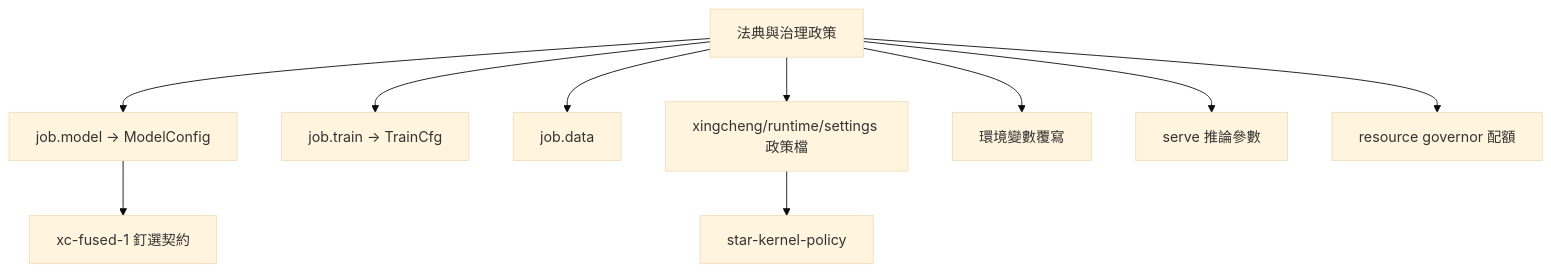
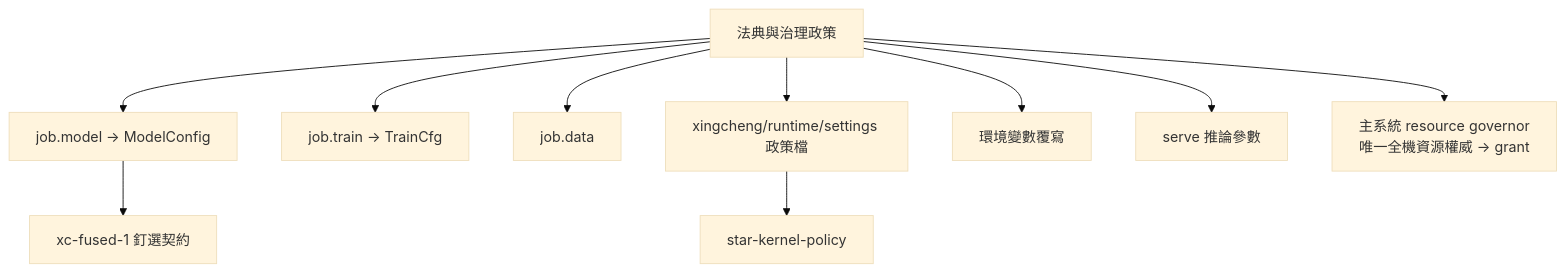
The diagram in governance_rule/codex/architecture-xingcheng-parameters.md (guilty442-source/GPTBridge), drawn with Mermaid (base theme) before and after one commit. The commit also changed other lines of this file, not shown here.

Commit message:
docs(xingcheng): parameters view — resource governor boundary is main-system authority; xingcheng keeps client+allocator only [worker:devin-desktop]

````diff
--- a/governance_rule/codex/architecture-xingcheng-parameters.md
+++ b/governance_rule/codex/architecture-xingcheng-parameters.md
@@ -7,12 +7,12 @@
 ```mermaid
 flowchart TD
     POLICY[法典與治理政策] --> MODELCFG[job.model → ModelConfig]
     POLICY --> TRAINCFG[job.train → TrainCfg]
     POLICY --> DATACFG[job.data]
     POLICY --> SETTINGS[xingcheng/runtime/settings 政策檔]
     POLICY --> ENV[環境變數覆寫]
     POLICY --> SERVECFG[serve 推論參數]
-    POLICY --> GOV[resource governor 配額]
+    POLICY --> GOV["主系統 resource governor<br/>唯一全機資源權威 → grant"]
     MODELCFG --> CANON[xc-fused-1 釘選契約]
     SETTINGS --> KPOL[star-kernel-policy]
 ```
````
